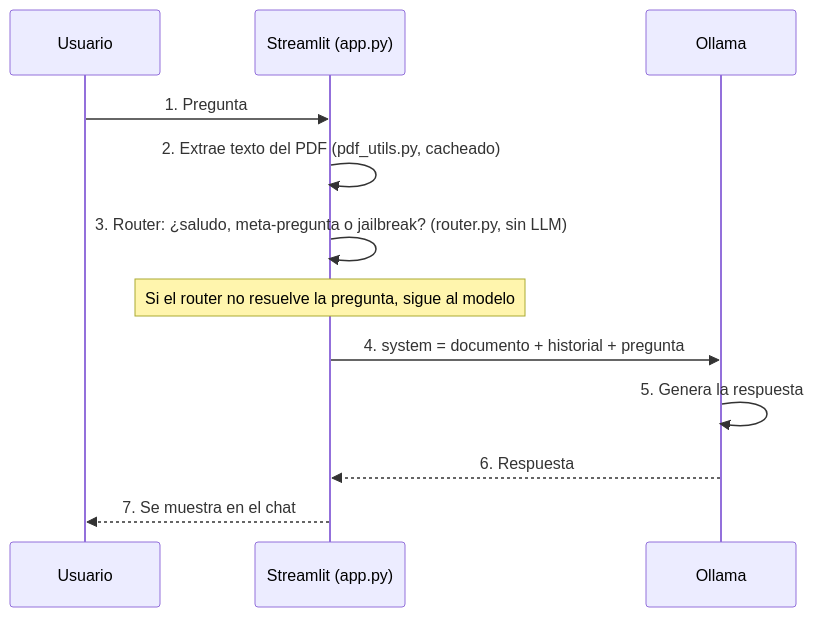
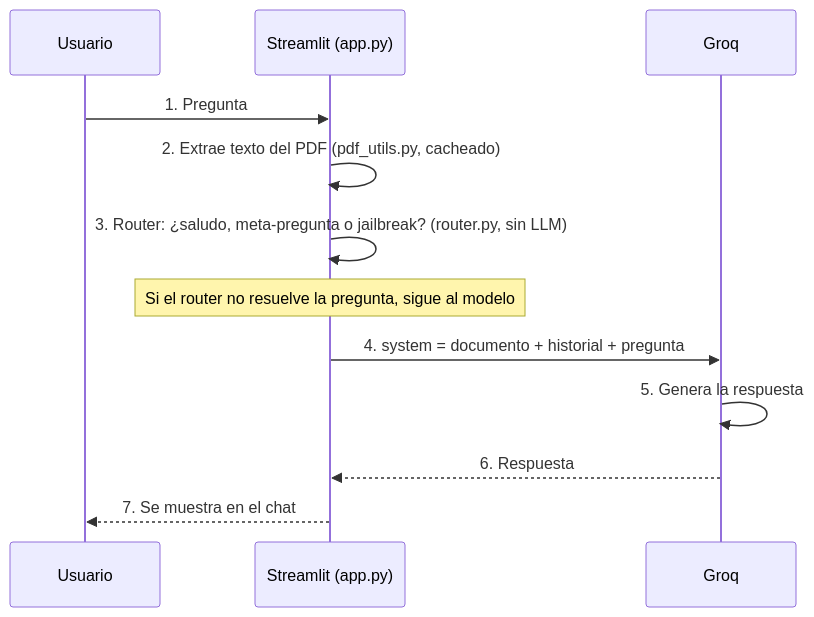
One commit to joaquinalejandroguzman/cotejo changed the diagram in README.md. Above: the diagram before and after it, drawn with Mermaid. The commit also changed other lines of this file and 5 other files, not shown here.

Commit message:
feat: migra de Ollama local a la API de Groq para poder deployar gratis

````diff
--- a/README.md
+++ b/README.md
@@ -19,15 +18,15 @@
 ```mermaid
 sequenceDiagram
     participant U as Usuario
     participant S as Streamlit (app.py)
-    participant O as Ollama
+    participant G as Groq
 
     U->>S: 1. Pregunta
     S->>S: 2. Extrae texto del PDF (pdf_utils.py, cacheado)
     S->>S: 3. Router: ¿saludo, meta-pregunta o jailbreak? (router.py, sin LLM)
     Note over S: Si el router no resuelve la pregunta, sigue al modelo
-    S->>O: 4. system = documento + historial + pregunta
-    O->>O: 5. Genera la respuesta
-    O-->>S: 6. Respuesta
+    S->>G: 4. system = documento + historial + pregunta
+    G->>G: 5. Genera la respuesta
+    G-->>S: 6. Respuesta
     S-->>U: 7. Se muestra en el chat
 ```
````
